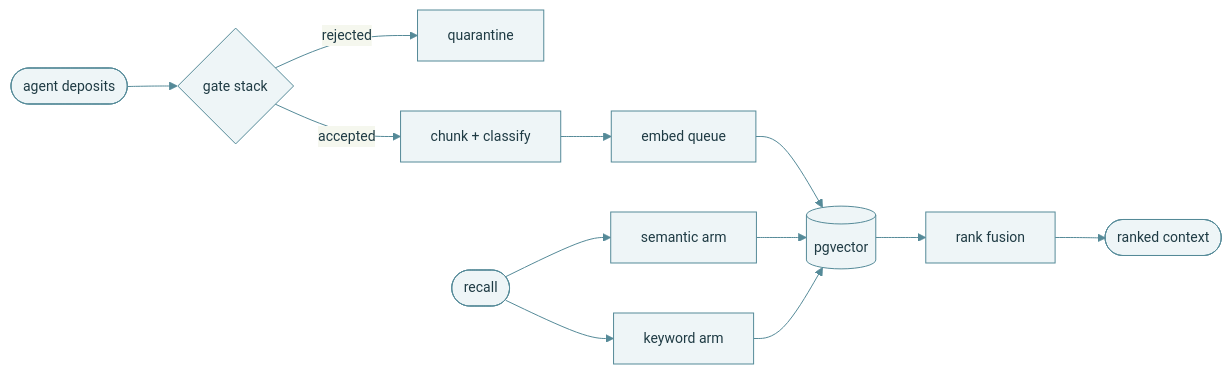
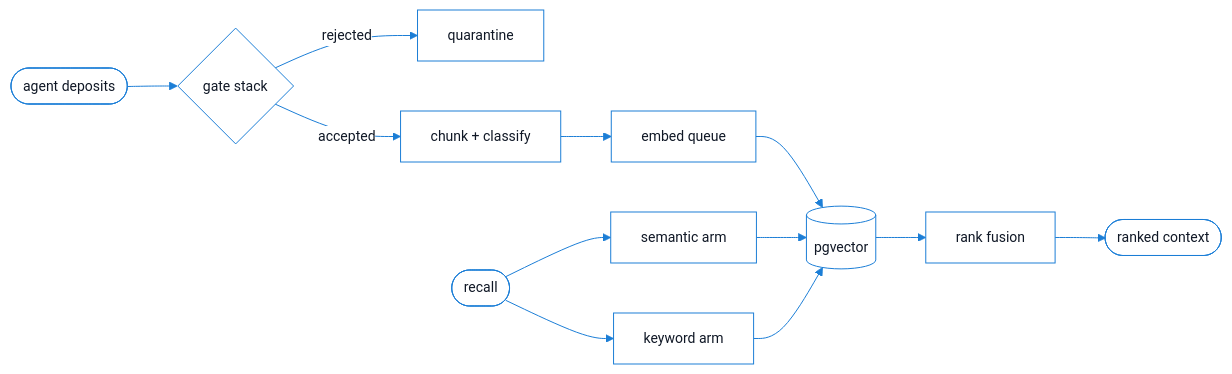
The third of 3 diagrams in README.md (EaseIT-cz/vornik), drawn with Mermaid before and after one commit. The commit also changed other lines of this file and 263 other files, not shown here.

````diff
--- a/README.md
+++ b/README.md
@@ -133,14 +133,14 @@
 ```mermaid
-%%{init: {'theme':'base','themeVariables':{'primaryColor':'#EEF5F7','primaryTextColor':'#1F3B44','primaryBorderColor':'#558A98','lineColor':'#558A98','fontSize':'14px'}}}%%
+%%{init: {'theme':'base','themeVariables':{'primaryColor':'#FFFFFF','primaryTextColor':'#101826','primaryBorderColor':'#1C7ED6','lineColor':'#1C7ED6','fontSize':'14px'}}}%%
 flowchart LR
     In([agent deposits]) --> G{gate stack}
     G -->|rejected| X[quarantine]
     G -->|accepted| C[chunk + classify]
     C --> E[embed queue]
     E --> V[(pgvector)]
     Q([recall]) --> S[semantic arm]
     Q --> K[keyword arm]
     S --> V
     K --> V
     V --> F[rank fusion] --> R([ranked context])
 ```
````
